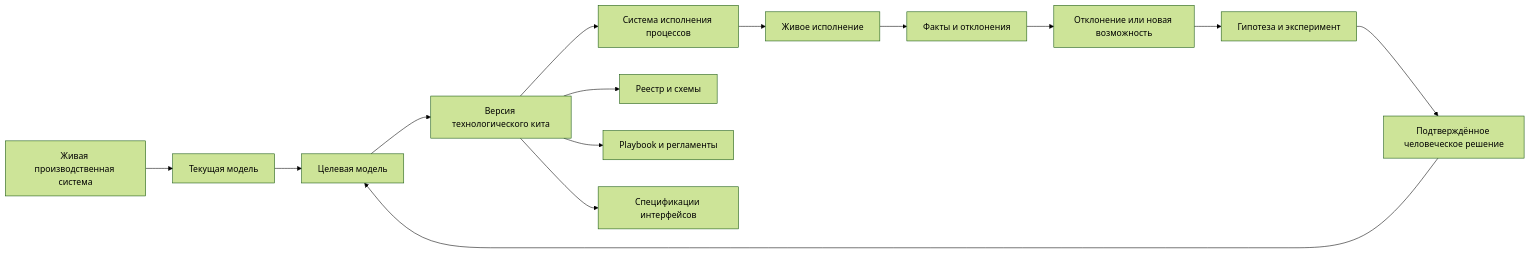
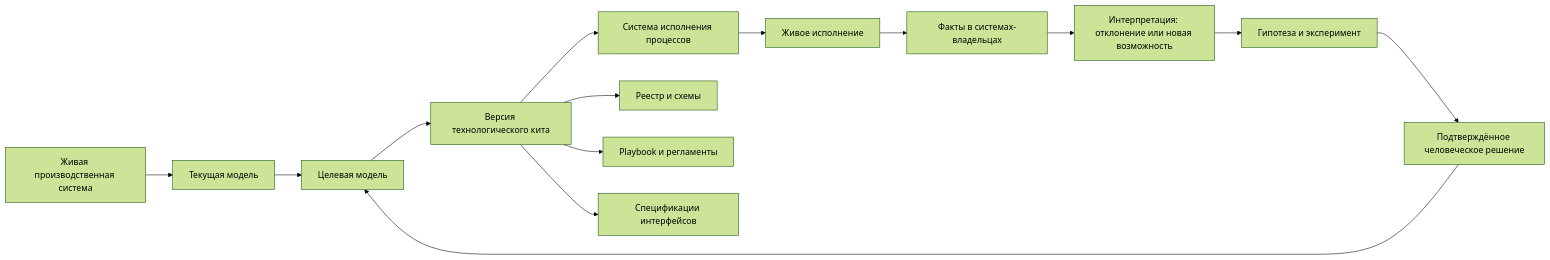
One commit to Vladick-Pick/production-system-skills changed the diagram in README.md. Above: the diagram before and after it, drawn with Mermaid (forest theme). The commit also changed other lines of this file and 24 other files, not shown here.

```diff
--- a/README.md
+++ b/README.md
@@ -57,16 +59,16 @@
 ~~~mermaid
 flowchart LR
     A[Живая производственная система] --> B[Текущая модель]
     B --> C[Целевая модель]
     C --> D[Версия технологического кита]
     D --> E[Система исполнения процессов]
     E --> F[Живое исполнение]
-    F --> G[Факты и отклонения]
-    G --> H[Отклонение или новая возможность]
+    F --> G[Факты в системах-владельцах]
+    G --> H[Интерпретация: отклонение или новая возможность]
     H --> L[Гипотеза и эксперимент]
     L --> M[Подтверждённое человеческое решение]
     M --> C
     D --> I[Реестр и схемы]
     D --> J[Playbook и регламенты]
     D --> K[Спецификации интерфейсов]
 ~~~
```
